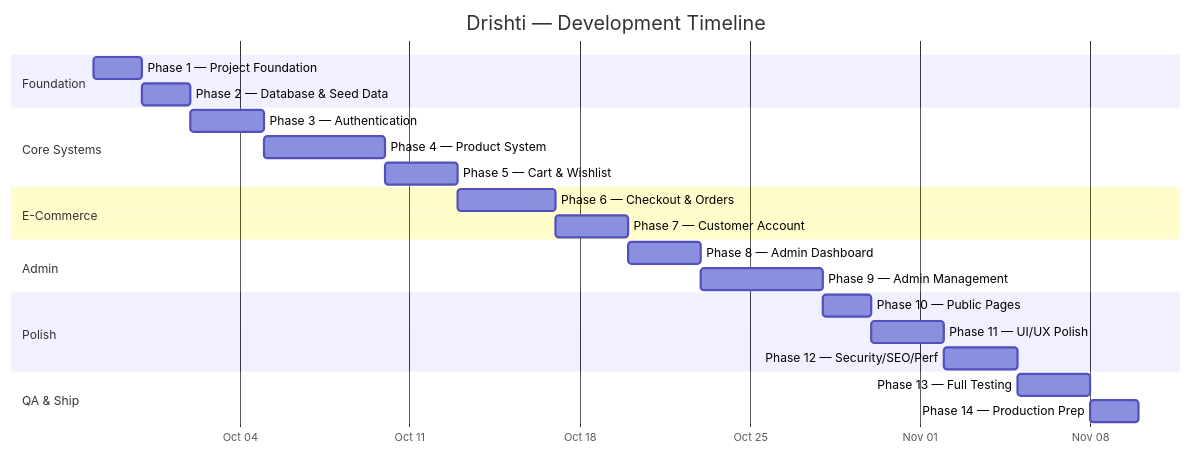
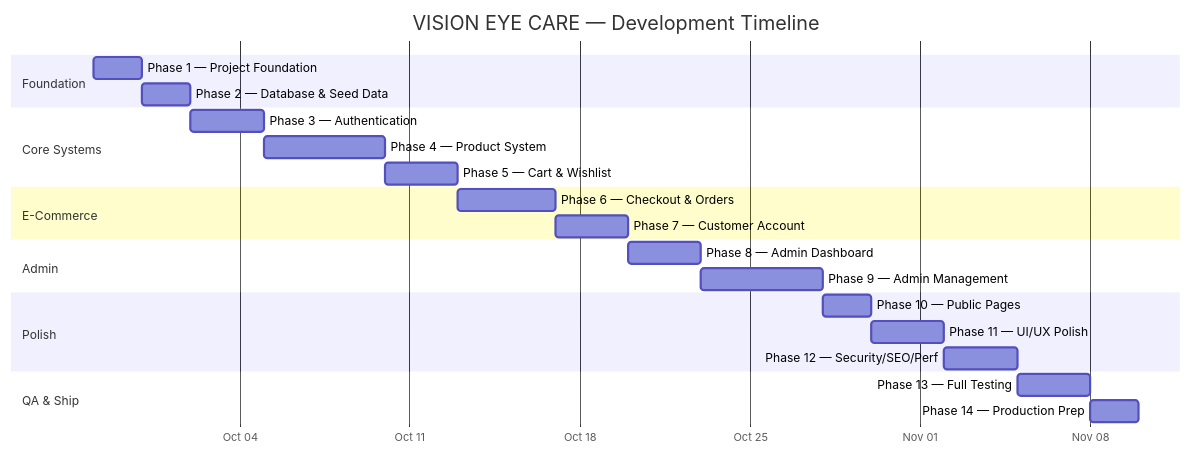
One commit to mahmudrahman2051/Vision-Eye-Care changed the diagram in docs/implementation_plan.md. Above: the diagram before and after it, drawn with Mermaid. The commit also changed other lines of this file and 32 other files, not shown here.

````diff
--- a/docs/implementation_plan.md
+++ b/docs/implementation_plan.md
@@ -26,32 +26,32 @@
 ```mermaid
 gantt
-    title Drishti — Development Timeline
+    title VISION EYE CARE — Development Timeline
     dateFormat  YYYY-MM-DD
     axisFormat  %b %d
 
     section Foundation
     Phase 1 — Project Foundation     :p1, 2026-09-28, 2d
     Phase 2 — Database & Seed Data   :p2, after p1, 2d
 
     section Core Systems
     Phase 3 — Authentication         :p3, after p2, 3d
     Phase 4 — Product System         :p4, after p3, 5d
     Phase 5 — Cart & Wishlist        :p5, after p4, 3d
 
     section E-Commerce
     Phase 6 — Checkout & Orders      :p6, after p5, 4d
     Phase 7 — Customer Account       :p7, after p6, 3d
 
     section Admin
     Phase 8 — Admin Dashboard        :p8, after p7, 3d
     Phase 9 — Admin Management       :p9, after p8, 5d
 
     section Polish
     Phase 10 — Public Pages          :p10, after p9, 2d
     Phase 11 — UI/UX Polish          :p11, after p10, 3d
     Phase 12 — Security/SEO/Perf     :p12, after p11, 3d
 
     section QA & Ship
     Phase 13 — Full Testing          :p13, after p12, 3d
     Phase 14 — Production Prep       :p14, after p13, 2d
 ```
````
